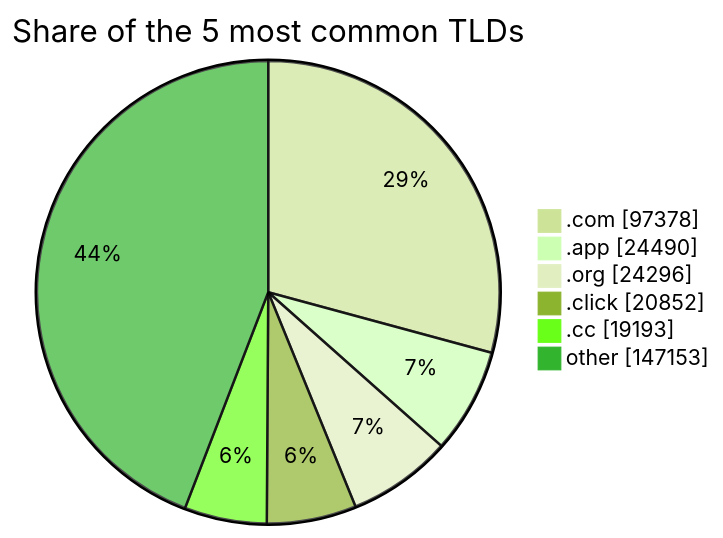
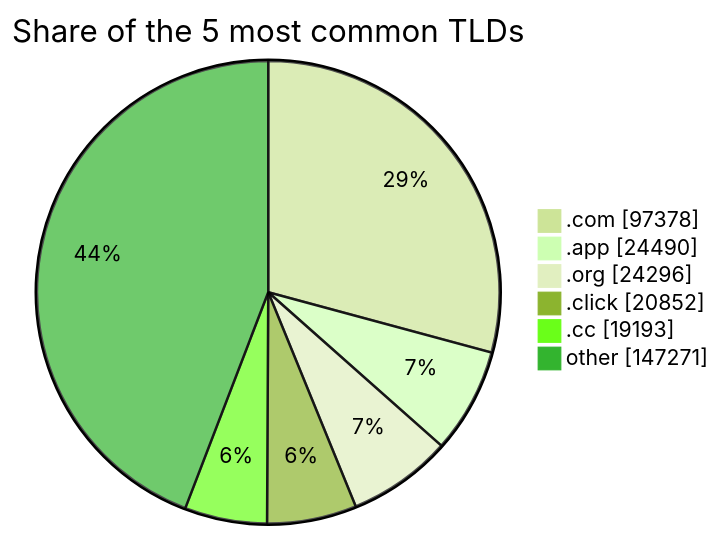
Before and after one commit to DNSBunker/CTI: the third of 3 diagrams in README.md, drawn with Mermaid (forest theme). The commit also changed other lines of this file and 4 other files, not shown here.

````diff
--- a/README.md
+++ b/README.md
@@ -81,9 +81,9 @@
 ```mermaid
 pie showData title Share of the 5 most common TLDs
     ".com" : 97378
     ".app" : 24490
     ".org" : 24296
     ".click" : 20852
     ".cc" : 19193
-    "other" : 147153
+    "other" : 147271
 ```
````
